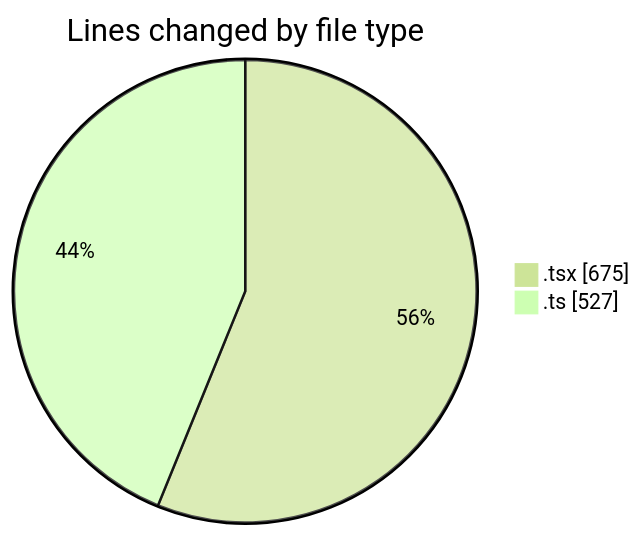
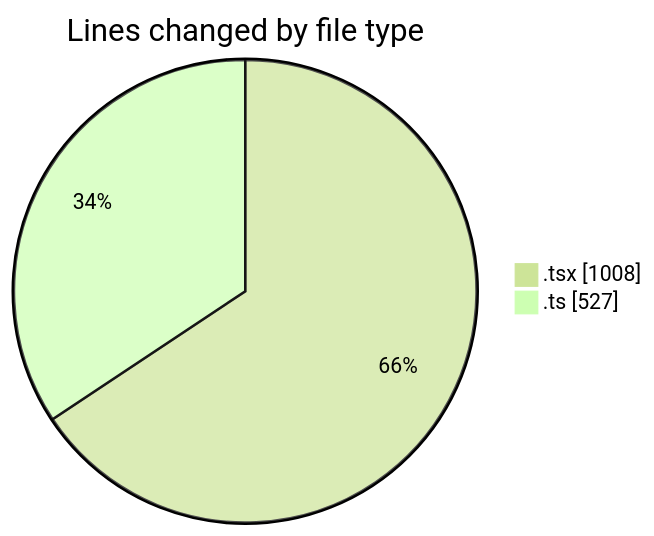
Before and after one commit to nxtqubesakshisongat/code-tracking: the first of 2 diagrams in 2026-05-12/nxtqube_webapp/README.md, drawn with Mermaid (forest theme). The commit also changed other lines of this file and 1 other file, not shown here.

````diff
--- a/2026-05-12/nxtqube_webapp/README.md
+++ b/2026-05-12/nxtqube_webapp/README.md
@@ -21,6 +21,6 @@
 ```mermaid
 pie showData
 title Lines changed by file type
-".tsx" : 675
+".tsx" : 1008
 ".ts" : 527
 ```
````
